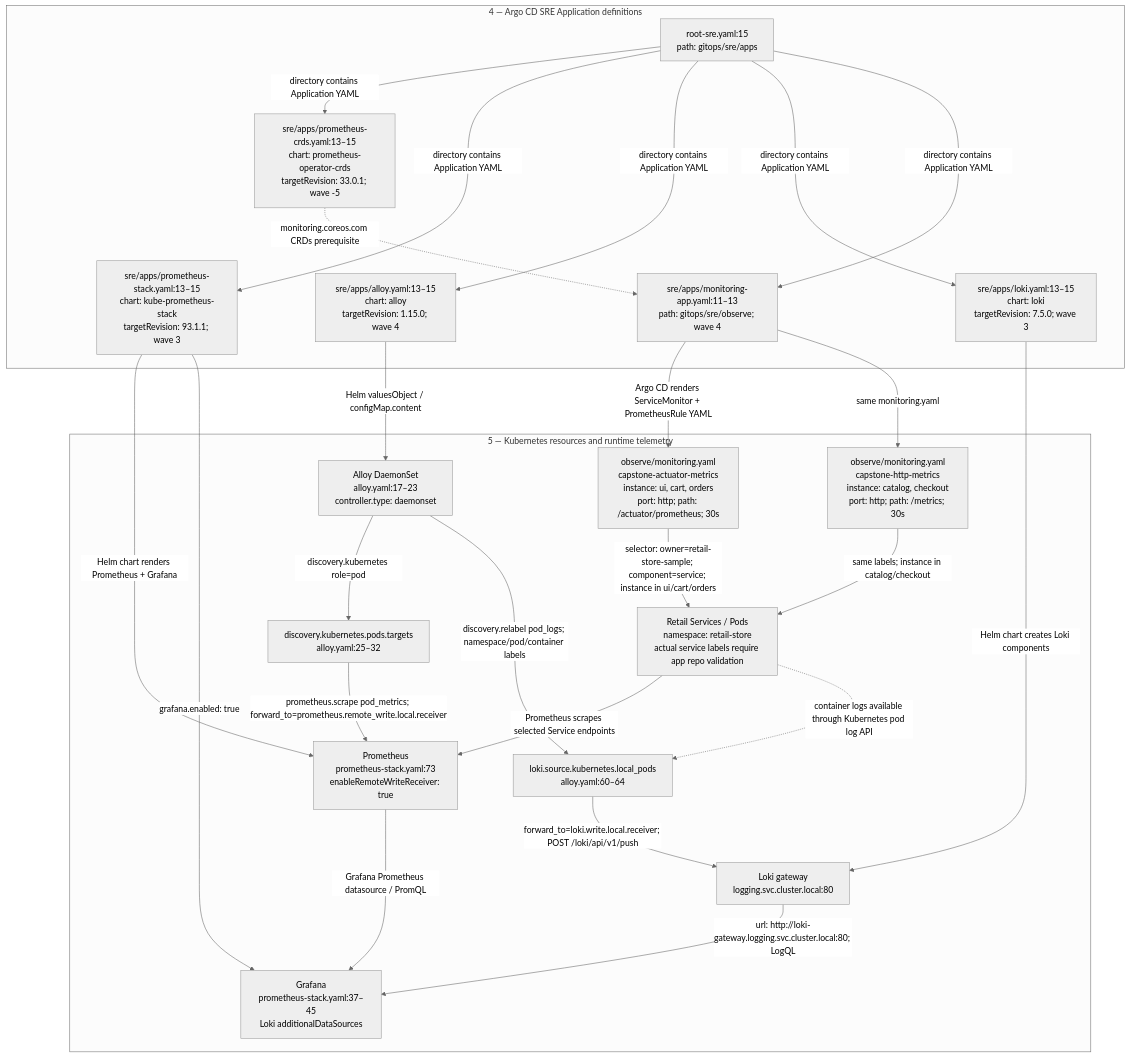
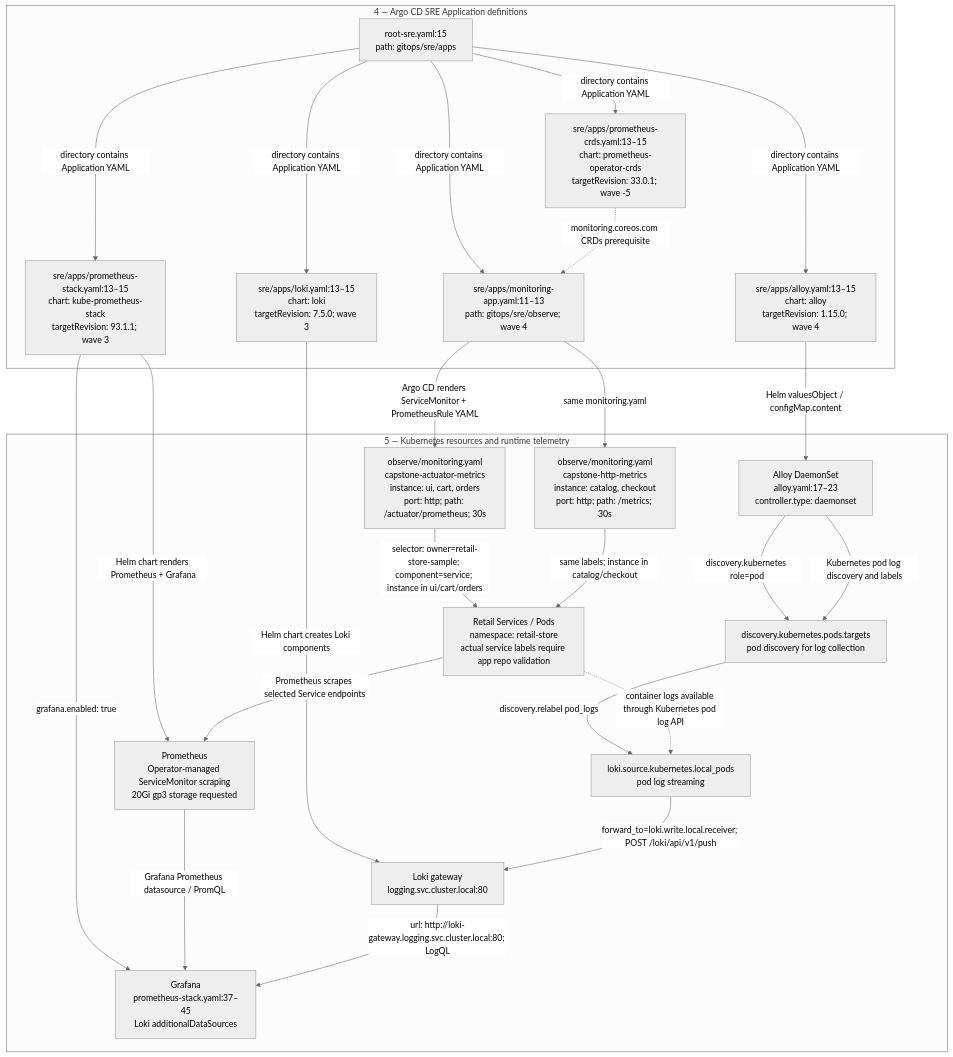
One commit to eugenewongyj/cloud-ntu-capstone-group2-infra changed the second of 5 diagrams in gitops/README.md. Above: the diagram before and after it, drawn with Mermaid (neutral theme). The commit also changed other lines of this file, not shown here.

First line of the commit message:
docs(gitops): align SRE documentation with Alloy log-only architecture

````diff
--- a/gitops/README.md
+++ b/gitops/README.md
@@ -156,44 +156,44 @@
 ```mermaid
 flowchart TB
   subgraph DECLARE["4 — Argo CD SRE Application definitions"]
     RS["root-sre.yaml:15<br/>path: gitops/sre/apps"]
     CRD["sre/apps/prometheus-crds.yaml:13–15<br/>chart: prometheus-operator-crds<br/>targetRevision: 33.0.1; wave -5"]
     PROM["sre/apps/prometheus-stack.yaml:13–15<br/>chart: kube-prometheus-stack<br/>targetRevision: 93.1.1; wave 3"]
     ALLOY["sre/apps/alloy.yaml:13–15<br/>chart: alloy<br/>targetRevision: 1.15.0; wave 4"]
     LOKI["sre/apps/loki.yaml:13–15<br/>chart: loki<br/>targetRevision: 7.5.0; wave 3"]
     MON["sre/apps/monitoring-app.yaml:11–13<br/>path: gitops/sre/observe; wave 4"]
     RS -->|"directory contains Application YAML"| CRD
     RS -->|"directory contains Application YAML"| PROM
     RS -->|"directory contains Application YAML"| ALLOY
     RS -->|"directory contains Application YAML"| LOKI
     RS -->|"directory contains Application YAML"| MON
   end
   CRD -.->|"monitoring.coreos.com CRDs prerequisite"| MON
   subgraph RUNTIME["5 — Kubernetes resources and runtime telemetry"]
     RETAIL["Retail Services / Pods<br/>namespace: retail-store<br/>actual service labels require app repo validation"]
     SM1["observe/monitoring.yaml<br/>capstone-actuator-metrics<br/>instance: ui, cart, orders<br/>port: http; path: /actuator/prometheus; 30s"]
     SM2["observe/monitoring.yaml<br/>capstone-http-metrics<br/>instance: catalog, checkout<br/>port: http; path: /metrics; 30s"]
-    P["Prometheus<br/>prometheus-stack.yaml:73<br/>enableRemoteWriteReceiver: true"]
+    P["Prometheus<br/>Operator-managed ServiceMonitor scraping<br/>20Gi gp3 storage requested"]
     A["Alloy DaemonSet<br/>alloy.yaml:17–23<br/>controller.type: daemonset"]
-    D["discovery.kubernetes.pods.targets<br/>alloy.yaml:25–32"]
-    LOG["loki.source.kubernetes.local_pods<br/>alloy.yaml:60–64"]
+    D["discovery.kubernetes.pods.targets<br/>pod discovery for log collection"]
+    LOG["loki.source.kubernetes.local_pods<br/>pod log streaming"]
     L["Loki gateway<br/>logging.svc.cluster.local:80"]
     G["Grafana<br/>prometheus-stack.yaml:37–45<br/>Loki additionalDataSources"]
   end
   MON -->|"Argo CD renders ServiceMonitor + PrometheusRule YAML"| SM1
   MON -->|"same monitoring.yaml"| SM2
   PROM -->|"Helm chart renders Prometheus + Grafana"| P
   PROM -->|"grafana.enabled: true"| G
   ALLOY -->|"Helm valuesObject / configMap.content"| A
   LOKI -->|"Helm chart creates Loki components"| L
   SM1 -->|"selector: owner=retail-store-sample; component=service; instance in ui/cart/orders"| RETAIL
   SM2 -->|"same labels; instance in catalog/checkout"| RETAIL
   RETAIL -->|"Prometheus scrapes selected Service endpoints"| P
   A -->|"discovery.kubernetes role=pod"| D
-  D -->|"prometheus.scrape pod_metrics; forward_to=prometheus.remote_write.local.receiver"| P
-  A -->|"discovery.relabel pod_logs; namespace/pod/container labels"| LOG
+  D -->|"discovery.relabel pod_logs"| LOG
+  A -->|"Kubernetes pod log discovery and labels"| D
   RETAIL -.->|"container logs available through Kubernetes pod log API"| LOG
   LOG -->|"forward_to=loki.write.local.receiver; POST /loki/api/v1/push"| L
   P -->|"Grafana Prometheus datasource / PromQL"| G
   L -->|"url: http://loki-gateway.logging.svc.cluster.local:80; LogQL"| G
 ```
````
